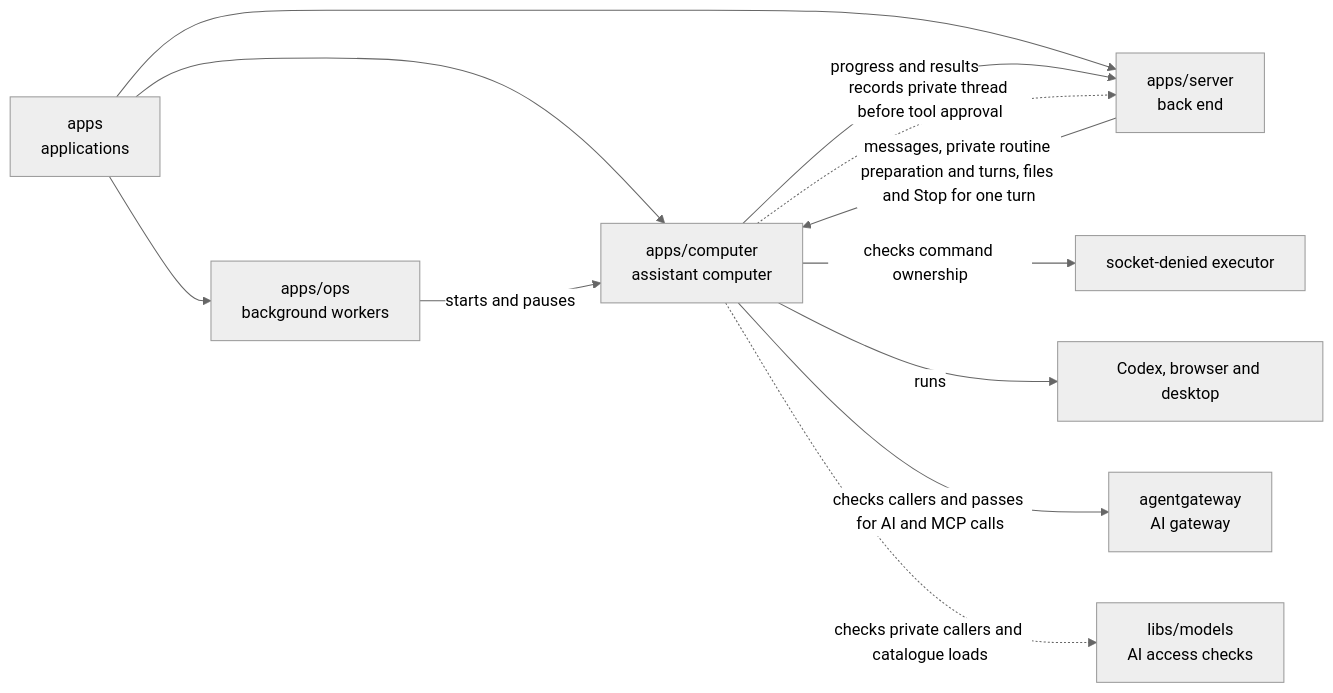
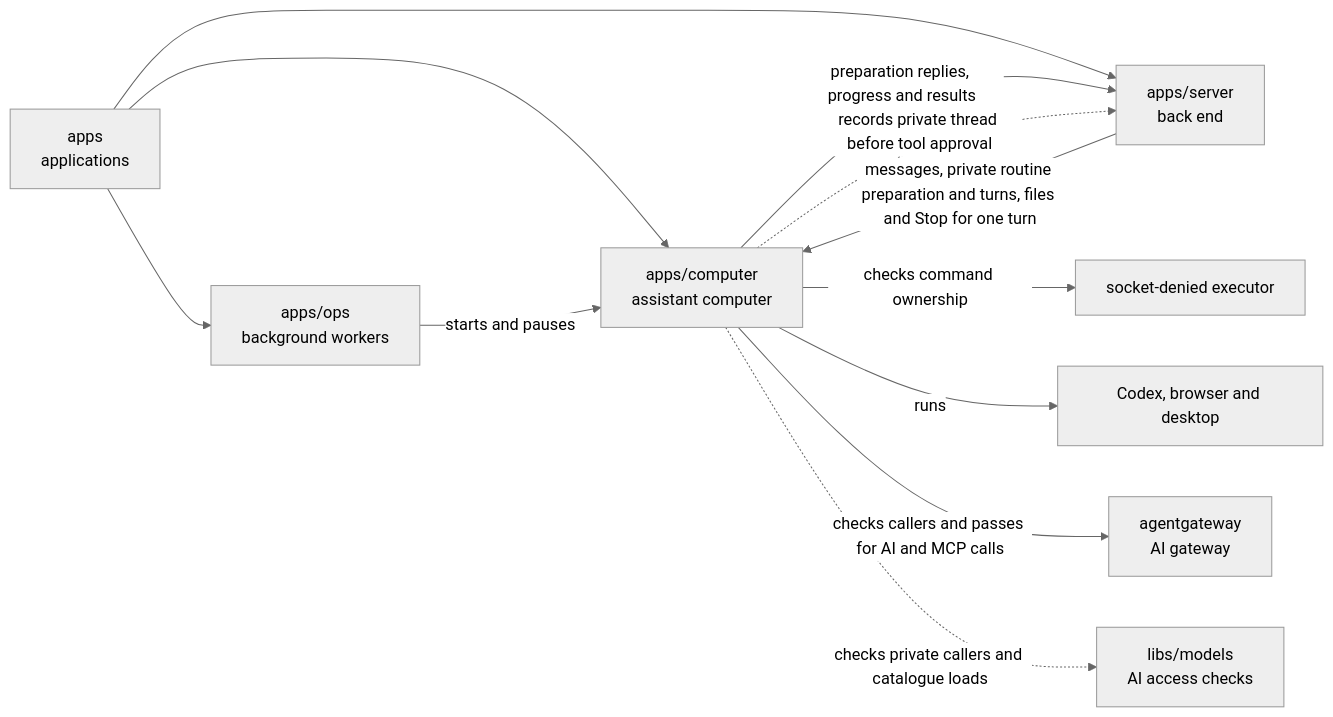
One commit to elewa-git/opencrane-new changed the diagram in apps/computer/README.md. Above: the diagram before and after it, drawn with Mermaid (neutral theme). The commit also changed other lines of this file and 8 other files, not shown here.

````diff
--- a/apps/computer/README.md
+++ b/apps/computer/README.md
@@ -16,14 +16,14 @@
 ```mermaid
 flowchart LR
   apps["apps<br/>applications"] --> computer["apps/computer<br/>assistant computer"]
   apps --> ops["apps/ops<br/>background workers"]
   apps --> server["apps/server<br/>back end"]
   ops -->|starts and pauses| computer
   server -->|messages, private routine preparation and turns, files and Stop for one turn| computer
-  computer -->|progress and results| server
+  computer -->|preparation replies, progress and results| server
   computer -.->|records private thread before tool approval| server
   computer -->|checks command ownership| executor["socket-denied executor"]
   computer -->|runs| desktop["Codex, browser and desktop"]
   computer -->|checks callers and passes for AI and MCP calls| gateway["agentgateway<br/>AI gateway"]
   computer -.->|checks private callers and catalogue loads| models["libs/models<br/>AI access checks"]
 ```
````
